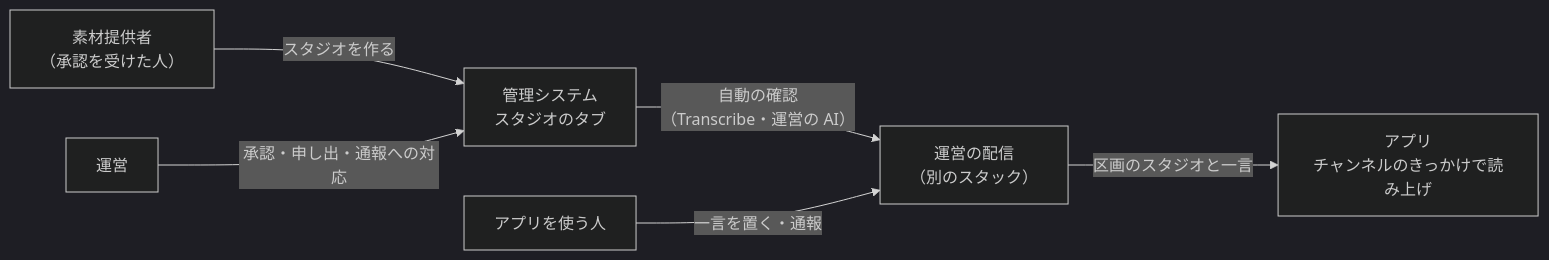
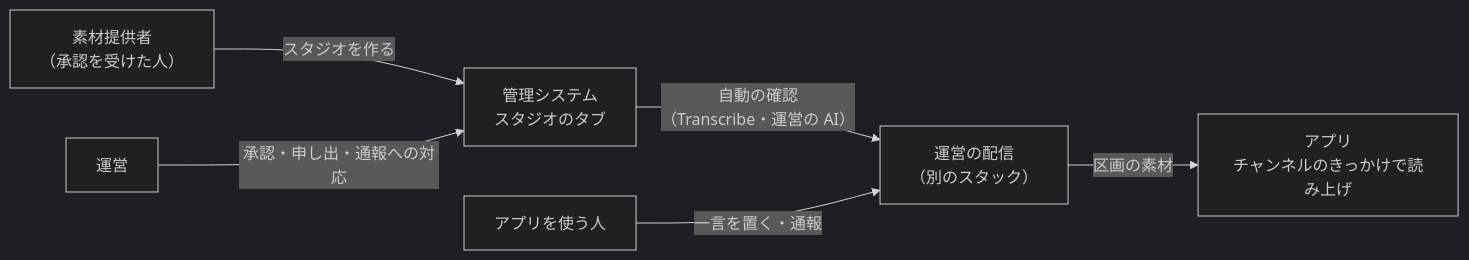
The fifth of 5 diagrams in docs/guide/concepts.md (duwenji/yorisoi-console), drawn with Mermaid (dark theme) before and after one commit. The commit also changed other lines of this file and 5 other files, not shown here.

````diff
--- a/docs/guide/concepts.md
+++ b/docs/guide/concepts.md
@@ -137,8 +137,8 @@
 ```mermaid
 flowchart LR
     PB["素材提供者<br/>（承認を受けた人）"] -- "スタジオを作る" --> CS["管理システム<br/>スタジオのタブ"]
     CS -- "自動の確認<br/>（Transcribe・運営の AI）" --> ST["運営の配信<br/>（別のスタック）"]
     U["アプリを使う人"] -- "一言を置く・通報" --> ST
-    ST -- "区画のスタジオと一言" --> A["アプリ<br/>チャンネルのきっかけで読み上げ"]
+    ST -- "区画の素材" --> A["アプリ<br/>チャンネルのきっかけで読み上げ"]
     OP["運営"] -- "承認・申し出・通報への対応" --> CS
 ```
````
